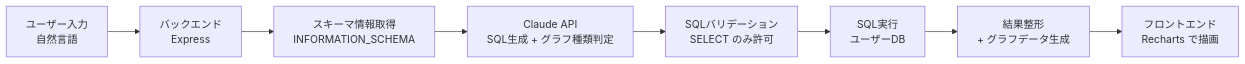
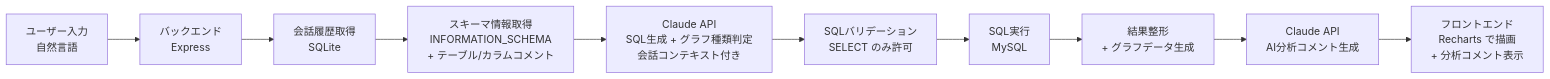
Before and after one commit to okegawaatclink/gaido-dataagent: the second of 2 diagrams in ai_generated/requirements/architecture.md, drawn with Mermaid. The commit also changed other lines of this file and 16 other files, not shown here.

First line of the commit message:
feat(dataagent): add AI analysis, schema comments, conversation context, table width fix

````diff
--- a/ai_generated/requirements/architecture.md
+++ b/ai_generated/requirements/architecture.md
@@ -49,10 +53,12 @@
 ```mermaid
 flowchart LR
     A["ユーザー入力<br>自然言語"] --> B["バックエンド<br>Express"]
-    B --> C["スキーマ情報取得<br>INFORMATION_SCHEMA"]
-    C --> D["Claude API<br>SQL生成 + グラフ種類判定"]
+    B --> B2["会話履歴取得<br>SQLite"]
+    B2 --> C["スキーマ情報取得<br>INFORMATION_SCHEMA<br>+ テーブル/カラムコメント"]
+    C --> D["Claude API<br>SQL生成 + グラフ種類判定<br>会話コンテキスト付き"]
     D --> E["SQLバリデーション<br>SELECT のみ許可"]
-    E --> F["SQL実行<br>ユーザーDB"]
+    E --> F["SQL実行<br>MySQL"]
     F --> G["結果整形<br>+ グラフデータ生成"]
-    G --> H["フロントエンド<br>Recharts で描画"]
+    G --> G2["Claude API<br>AI分析コメント生成"]
+    G2 --> H["フロントエンド<br>Recharts で描画<br>+ 分析コメント表示"]
 ```
````
